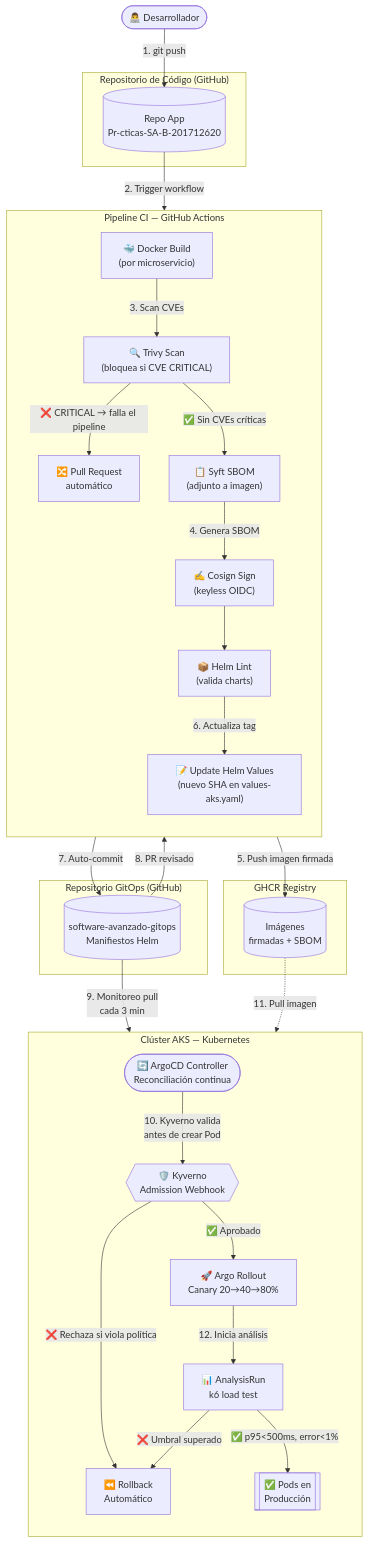
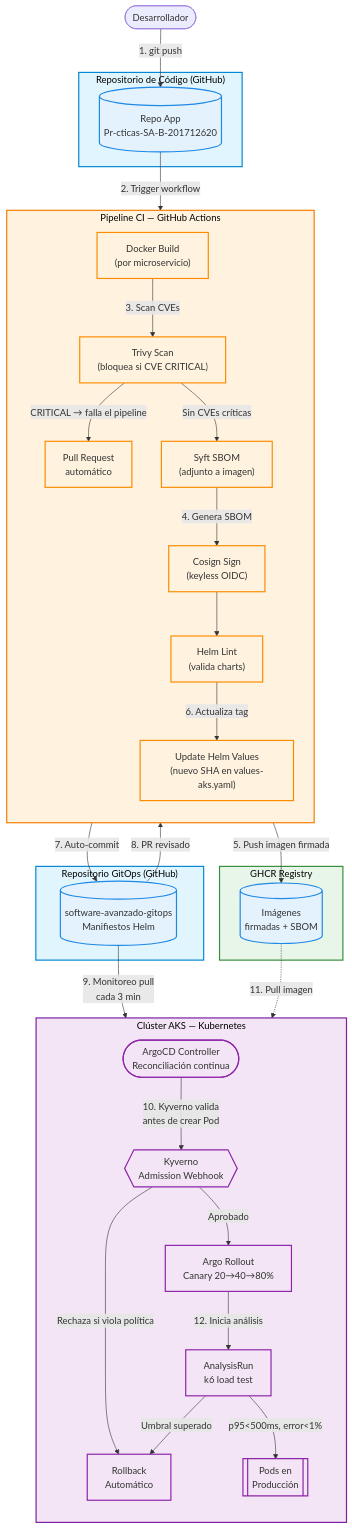
One commit to AndresCalvo98/Pr-cticas-SA-B-201712620 changed the diagram in P8/README.md. Above: the diagram before and after it, drawn with Mermaid.

Commit message:
docs: restaurar estructura original del diagrama GitOps y aplicar colores sutiles

````diff
--- a/P8/README.md
+++ b/P8/README.md
@@ -96,58 +96,67 @@
 ```mermaid
 flowchart TD
-    Dev([👨‍💻 Desarrollador])
+    classDef rep fill:#e3f2fd,stroke:#1e88e5,stroke-width:2px;
+    classDef action fill:#fff3e0,stroke:#fb8c00,stroke-width:2px;
+    classDef k8s fill:#f3e5f5,stroke:#8e24aa,stroke-width:2px;
+    
+    Dev([Desarrollador])
 
     subgraph CODE ["Repositorio de Código (GitHub)"]
-        AppRepo[(Repo App\nPr-cticas-SA-B-201712620)]
+        style CODE fill:#e1f5fe,stroke:#0288d1,stroke-width:2px,color:#000
+        AppRepo[(Repo App\nPr-cticas-SA-B-201712620)]:::rep
     end
 
     subgraph CI ["Pipeline CI — GitHub Actions"]
+        style CI fill:#fff3e0,stroke:#f57c00,stroke-width:2px,color:#000
         direction TB
-        Build["🐳 Docker Build\n(por microservicio)"]
-        TrivyScan["🔍 Trivy Scan\n(bloquea si CVE CRITICAL)"]
-        SBOMGen["📋 Syft SBOM\n(adjunto a imagen)"]
-        CosignSign["✍️ Cosign Sign\n(keyless OIDC)"]
-        HelmLint["📦 Helm Lint\n(valida charts)"]
-        UpdateValues["📝 Update Helm Values\n(nuevo SHA en values-aks.yaml)"]
-        PR["🔀 Pull Request\nautomático"]
+        Build["Docker Build\n(por microservicio)"]:::action
+        TrivyScan["Trivy Scan\n(bloquea si CVE CRITICAL)"]:::action
+        SBOMGen["Syft SBOM\n(adjunto a imagen)"]:::action
+        CosignSign["Cosign Sign\n(keyless OIDC)"]:::action
+        HelmLint["Helm Lint\n(valida charts)"]:::action
+        UpdateValues["Update Helm Values\n(nuevo SHA en values-aks.yaml)"]:::action
+        PR["Pull Request\nautomático"]:::action
     end
 
     subgraph REGISTRY ["GHCR Registry"]
-        Images[(Imágenes\nfirmadas + SBOM)]
+        style REGISTRY fill:#e8f5e9,stroke:#388e3c,stroke-width:2px,color:#000
+        Images[(Imágenes\nfirmadas + SBOM)]:::rep
     end
 
     subgraph GITOPS ["Repositorio GitOps (GitHub)"]
-        ConfigRepo[(software-avanzado-gitops\nManifiestos Helm)]
+        style GITOPS fill:#e1f5fe,stroke:#0288d1,stroke-width:2px,color:#000
+        ConfigRepo[(software-avanzado-gitops\nManifiestos Helm)]:::rep
     end
 
     subgraph CLUSTER ["Clúster AKS — Kubernetes"]
+        style CLUSTER fill:#f3e5f5,stroke:#7b1fa2,stroke-width:2px,color:#000
         direction TB
-        Kyverno{{"🛡️ Kyverno\nAdmission Webhook"}}
-        ArgoCD(["🔄 ArgoCD Controller\nReconciliación continua"])
-        Rollout["🚀 Argo Rollout\nCanary 20→40→80%"]
-        Analysis["📊 AnalysisRun\nk6 load test"]
-        Pods[["✅ Pods en\nProducción"]]
-        Rollback["⏪ Rollback\nAutomático"]
+        Kyverno{{"Kyverno\nAdmission Webhook"}}:::k8s
+        ArgoCD(["ArgoCD Controller\nReconciliación continua"]):::k8s
+        Rollout["Argo Rollout\nCanary 20→40→80%"]:::k8s
+        Analysis["AnalysisRun\nk6 load test"]:::k8s
+        Pods[["Pods en\nProducción"]]:::k8s
+        Rollback["Rollback\nAutomático"]:::k8s
     end
 
     Dev -->|"1. git push"| AppRepo
     AppRepo -->|"2. Trigger workflow"| Build
     Build -->|"3. Scan CVEs"| TrivyScan
-    TrivyScan -->|"❌ CRITICAL → falla el pipeline"| PR
-    TrivyScan -->|"✅ Sin CVEs críticas"| SBOMGen
+    TrivyScan -->|"CRITICAL → falla el pipeline"| PR
+    TrivyScan -->|"Sin CVEs críticas"| SBOMGen
     SBOMGen -->|"4. Genera SBOM"| CosignSign
     CosignSign -->|"5. Push imagen firmada"| Images
     CosignSign --> HelmLint
     HelmLint -->|"6. Actualiza tag"| UpdateValues
     UpdateValues -->|"7. Auto-commit"| ConfigRepo
     ConfigRepo -->|"8. PR revisado"| PR
 
     ConfigRepo -->|"9. Monitoreo pull\ncada 3 min"| ArgoCD
     ArgoCD -->|"10. Kyverno valida\nantes de crear Pod"| Kyverno
-    Kyverno -->|"❌ Rechaza si viola política"| Rollback
-    Kyverno -->|"✅ Aprobado"| Rollout
+    Kyverno -->|"Rechaza si viola política"| Rollback
+    Kyverno -->|"Aprobado"| Rollout
     Images -.->|"11. Pull imagen"| Rollout
     Rollout -->|"12. Inicia análisis"| Analysis
-    Analysis -->|"✅ p95<500ms, error<1%"| Pods
-    Analysis -->|"❌ Umbral superado"| Rollback
+    Analysis -->|"p95<500ms, error<1%"| Pods
+    Analysis -->|"Umbral superado"| Rollback
 ```
````
